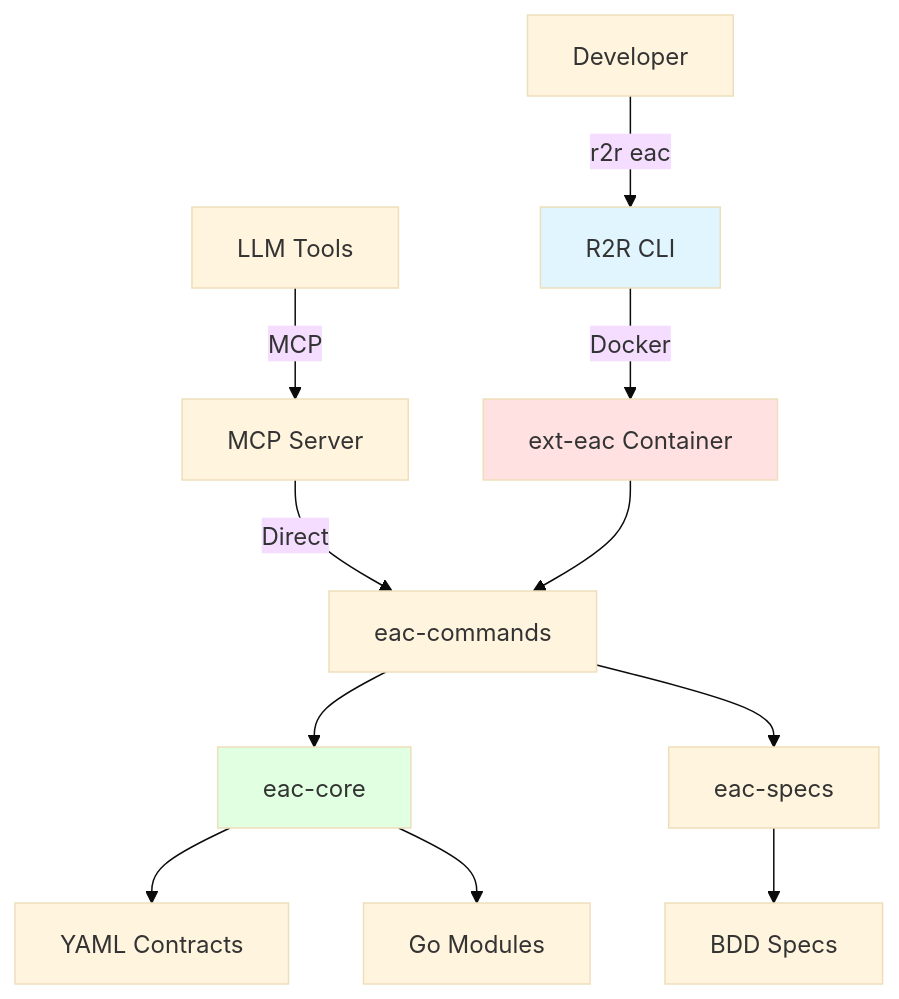
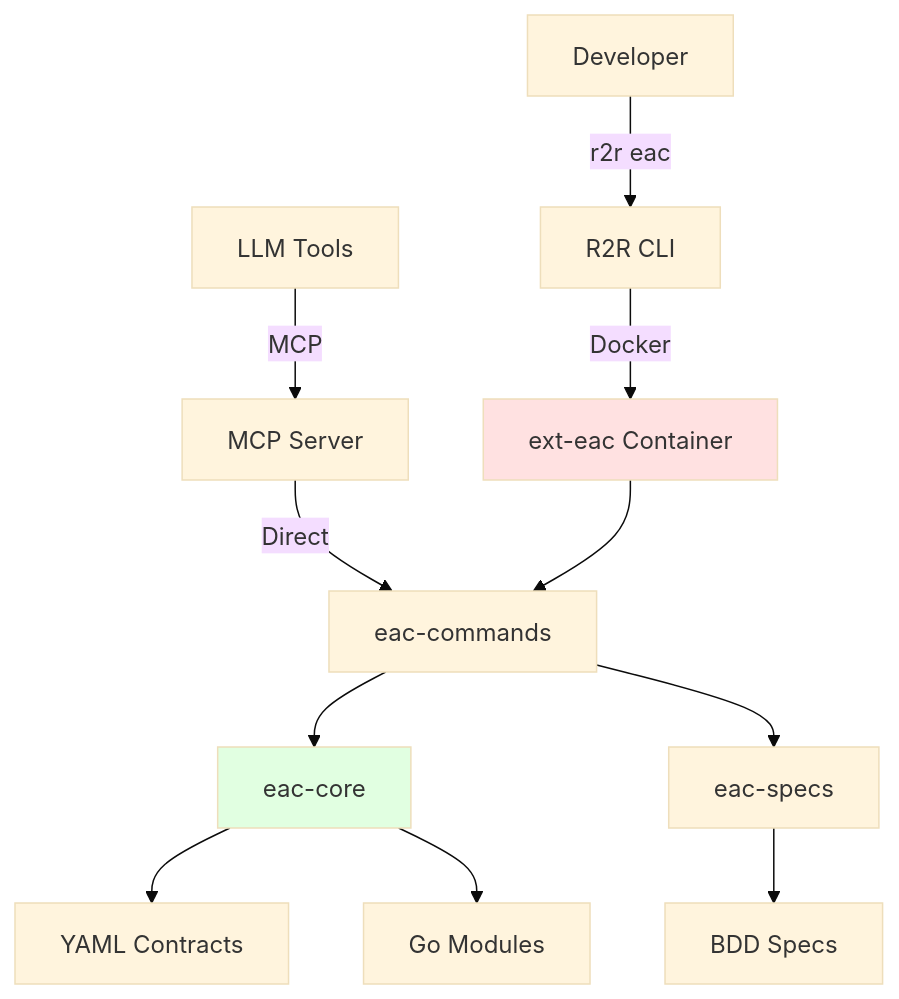
One commit to ready-to-release/eac changed the diagram in docs/reference/eac/architecture/index.md. Above: the diagram before and after it, drawn with Mermaid (base theme). The commit also changed other lines of this file and 20 other files, not shown here.

````diff
--- a/docs/reference/eac/architecture/index.md
+++ b/docs/reference/eac/architecture/index.md
@@ -34,20 +37,19 @@
 ```mermaid
 graph TB
     Dev[Developer] -->|r2r eac| CLI[R2R CLI]
     LLM[LLM Tools] -->|MCP| MCP[MCP Server]
 
     CLI -->|Docker| Ext[ext-eac Container]
     MCP -->|Direct| Commands[eac-commands]
 
     Ext --> Commands
     Commands --> Core[eac-core]
     Commands --> Specs[eac-specs]
 
     Core --> Contracts[YAML Contracts]
     Core --> Modules[Go Modules]
     Specs --> Features[BDD Specs]
 
-    style CLI fill:#e1f5ff
     style Ext fill:#ffe1e1
     style Core fill:#e1ffe1
 ```
````
